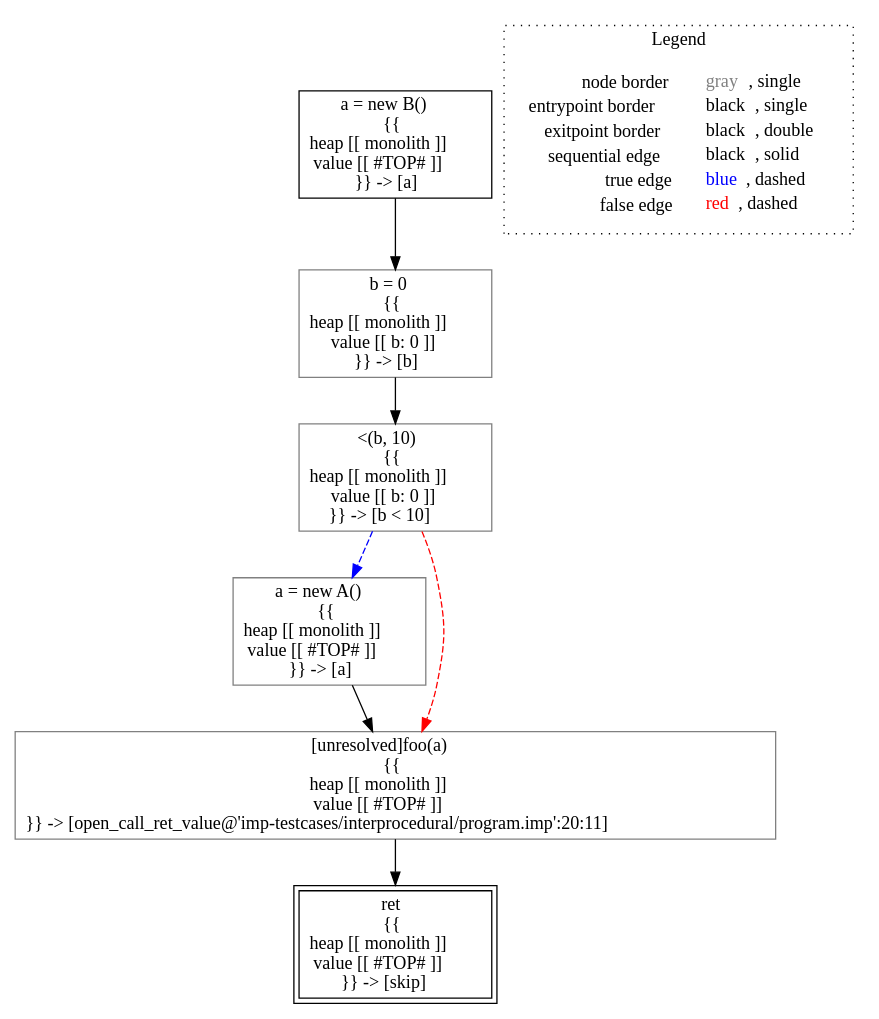
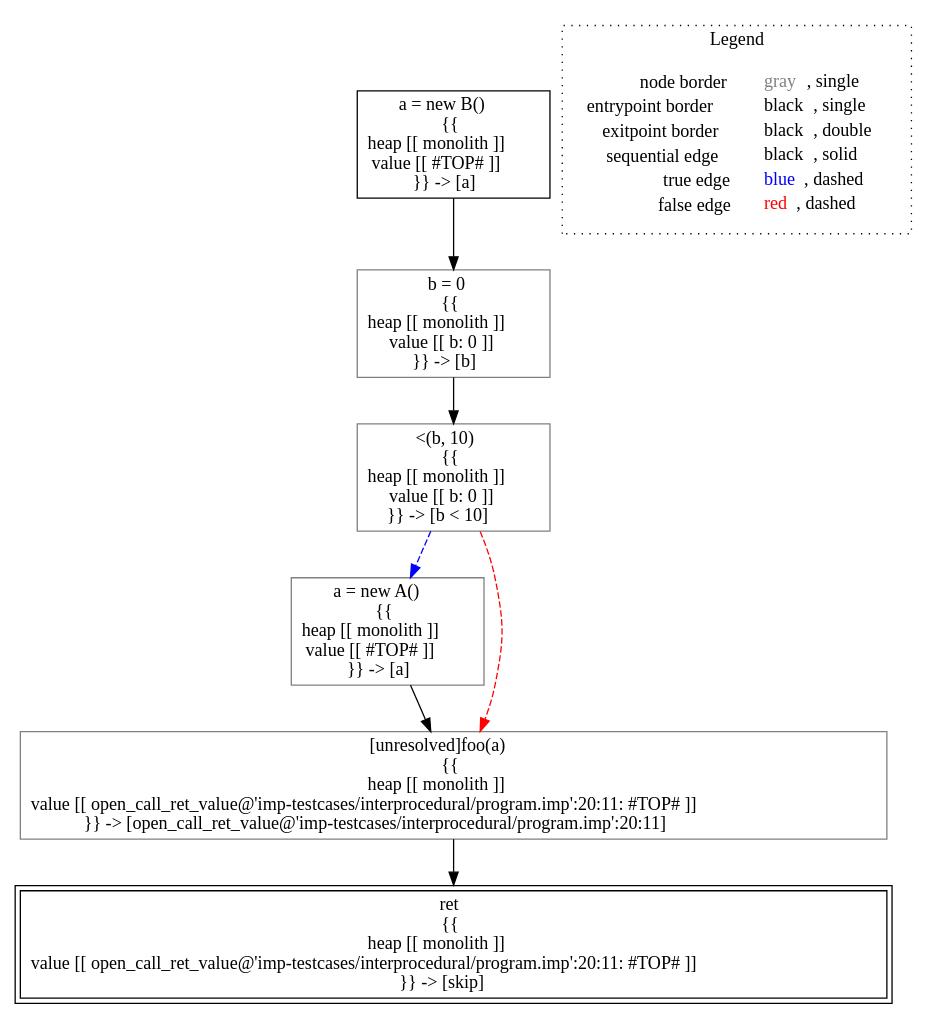
Before and after one commit to lisa-analyzer/lisa: the diagram in lisa/lisa-core/imp-testcases/interprocedural/CHA/analysis___untyped_tests.subtyping(tests_this).dot, drawn with Graphviz. The commit also changed 2 other files, not shown here.

```diff
--- a/lisa/lisa-core/imp-testcases/interprocedural/CHA/analysis___untyped_tests.subtyping(tests_this).dot
+++ b/lisa/lisa-core/imp-testcases/interprocedural/CHA/analysis___untyped_tests.subtyping(tests_this).dot
@@ -1,21 +1,21 @@
 digraph {
 	"node0" [shape="rect",color="black",label=<a = new B()<BR/>{{<BR/>heap [[ monolith ]]<BR/>value [[ #TOP# ]]<BR/>}} -&gt; [a]>];
-	"node1" [shape="rect",color="black",peripheries="2",label=<ret<BR/>{{<BR/>heap [[ monolith ]]<BR/>value [[ #TOP# ]]<BR/>}} -&gt; [skip]>];
-	"node2" [shape="rect",color="gray",label=<b = 0<BR/>{{<BR/>heap [[ monolith ]]<BR/>value [[ b: 0 ]]<BR/>}} -&gt; [b]>];
-	"node3" [shape="rect",color="gray",label=<&lt;(b, 10)<BR/>{{<BR/>heap [[ monolith ]]<BR/>value [[ b: 0 ]]<BR/>}} -&gt; [b &lt; 10]>];
-	"node4" [shape="rect",color="gray",label=<a = new A()<BR/>{{<BR/>heap [[ monolith ]]<BR/>value [[ #TOP# ]]<BR/>}} -&gt; [a]>];
-	"node5" [shape="rect",color="gray",label=<[unresolved]foo(a)<BR/>{{<BR/>heap [[ monolith ]]<BR/>value [[ #TOP# ]]<BR/>}} -&gt; [open_call_ret_value@'imp-testcases/interprocedural/program.imp':20:11]>];
-	"node2" -> "node3" [color="black"];
-	"node3" -> "node4" [color="blue",style="dashed"];
-	"node3" -> "node5" [color="red",style="dashed"];
-	"node4" -> "node5" [color="black"];
-	"node5" -> "node1" [color="black"];
-	"node0" -> "node2" [color="black"];
+	"node1" [shape="rect",color="gray",label=<&lt;(b, 10)<BR/>{{<BR/>heap [[ monolith ]]<BR/>value [[ b: 0 ]]<BR/>}} -&gt; [b &lt; 10]>];
+	"node2" [shape="rect",color="gray",label=<a = new A()<BR/>{{<BR/>heap [[ monolith ]]<BR/>value [[ #TOP# ]]<BR/>}} -&gt; [a]>];
+	"node3" [shape="rect",color="gray",label=<b = 0<BR/>{{<BR/>heap [[ monolith ]]<BR/>value [[ b: 0 ]]<BR/>}} -&gt; [b]>];
+	"node4" [shape="rect",color="black",peripheries="2",label=<ret<BR/>{{<BR/>heap [[ monolith ]]<BR/>value [[ open_call_ret_value@'imp-testcases/interprocedural/program.imp':20:11: #TOP# ]]<BR/>}} -&gt; [skip]>];
+	"node5" [shape="rect",color="gray",label=<[unresolved]foo(a)<BR/>{{<BR/>heap [[ monolith ]]<BR/>value [[ open_call_ret_value@'imp-testcases/interprocedural/program.imp':20:11: #TOP# ]]<BR/>}} -&gt; [open_call_ret_value@'imp-testcases/interprocedural/program.imp':20:11]>];
+	"node1" -> "node2" [color="blue",style="dashed"];
+	"node1" -> "node5" [color="red",style="dashed"];
+	"node2" -> "node5" [color="black"];
+	"node3" -> "node1" [color="black"];
+	"node5" -> "node4" [color="black"];
+	"node0" -> "node3" [color="black"];
 subgraph cluster_legend {
 	label="Legend";
 	style=dotted;
 	node [shape=plaintext];
 	"legend" [label=<<table border="0" cellpadding="2" cellspacing="0" cellborder="0"><tr><td align="right">node border&nbsp;</td><td align="left"><font color="gray">gray</font>, single</td></tr><tr><td align="right">entrypoint border&nbsp;</td><td align="left"><font color="black">black</font>, single</td></tr><tr><td align="right">exitpoint border&nbsp;</td><td align="left"><font color="black">black</font>, double</td></tr><tr><td align="right">sequential edge&nbsp;</td><td align="left"><font color="black">black</font>, solid</td></tr><tr><td align="right">true edge&nbsp;</td><td align="left"><font color="blue">blue</font>, dashed</td></tr><tr><td align="right">false edge&nbsp;</td><td align="left"><font color="red">red</font>, dashed</td></tr></table>>];
 }
 
 }
```
